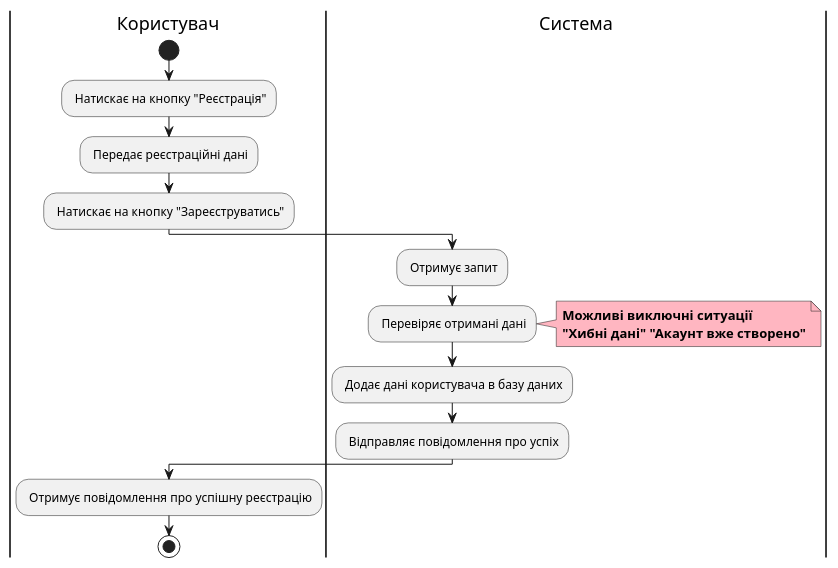
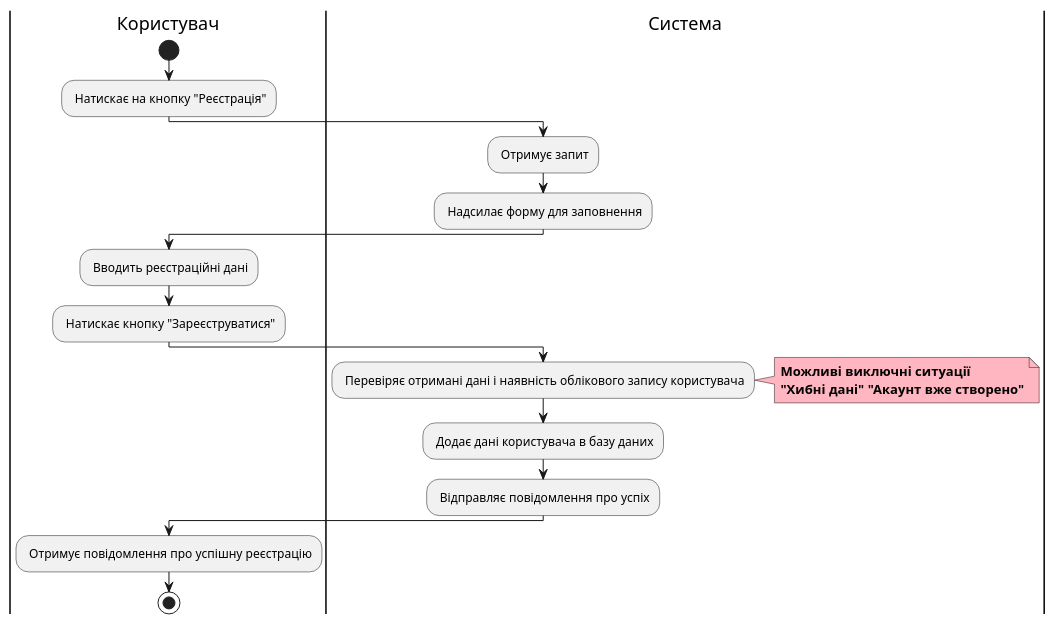
Before and after one commit to kujo205/db_labs: the fifth of 12 diagrams in docs/use cases/README.md, drawn with PlantUML. The commit also changed other lines of this file and 2 other files, not shown here.

Commit message:
A lot of changes (#50)
* made required changes(#41)

* made required changes

* made required changes

```diff
--- a/docs/use cases/README.md
+++ b/docs/use cases/README.md
@@ -163,23 +163,28 @@
 @startuml
 
   |Користувач|
   start
   : Натискає на кнопку "Реєстрація";
-  : Передає реєстраційні дані;
-  : Натискає на кнопку "Зареєструватись";
 
   |Система|
   : Отримує запит;
-  : Перевіряє отримані дані;
+  : Надсилає форму для заповнення;
+
+  |Користувач|
+  : Вводить реєстраційні дані;
+  : Натискає кнопку "Зареєструватися";
+
+  |Система|
+  : Перевіряє отримані дані і наявність облікового запису користувача;
     note right #lightpink
       <b>Можливі виключні ситуації</b>
       <b>"Хибні дані" "Акаунт вже створено"</b>
     end note
   : Додає дані користувача в базу даних;
   : Відправляє повідомлення про успіх;
 
   |Користувач|
   : Отримує повідомлення про успішну реєстрацію;
   stop
 
 @enduml
```
